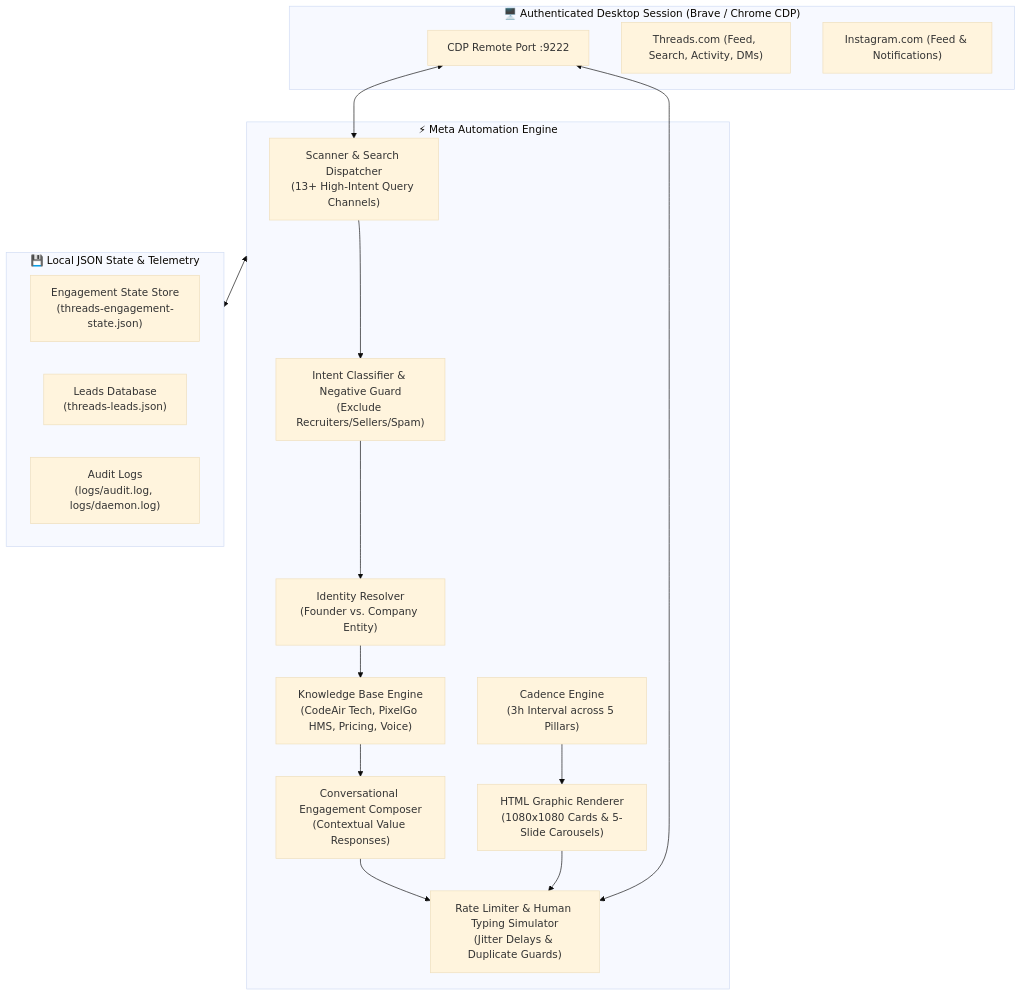
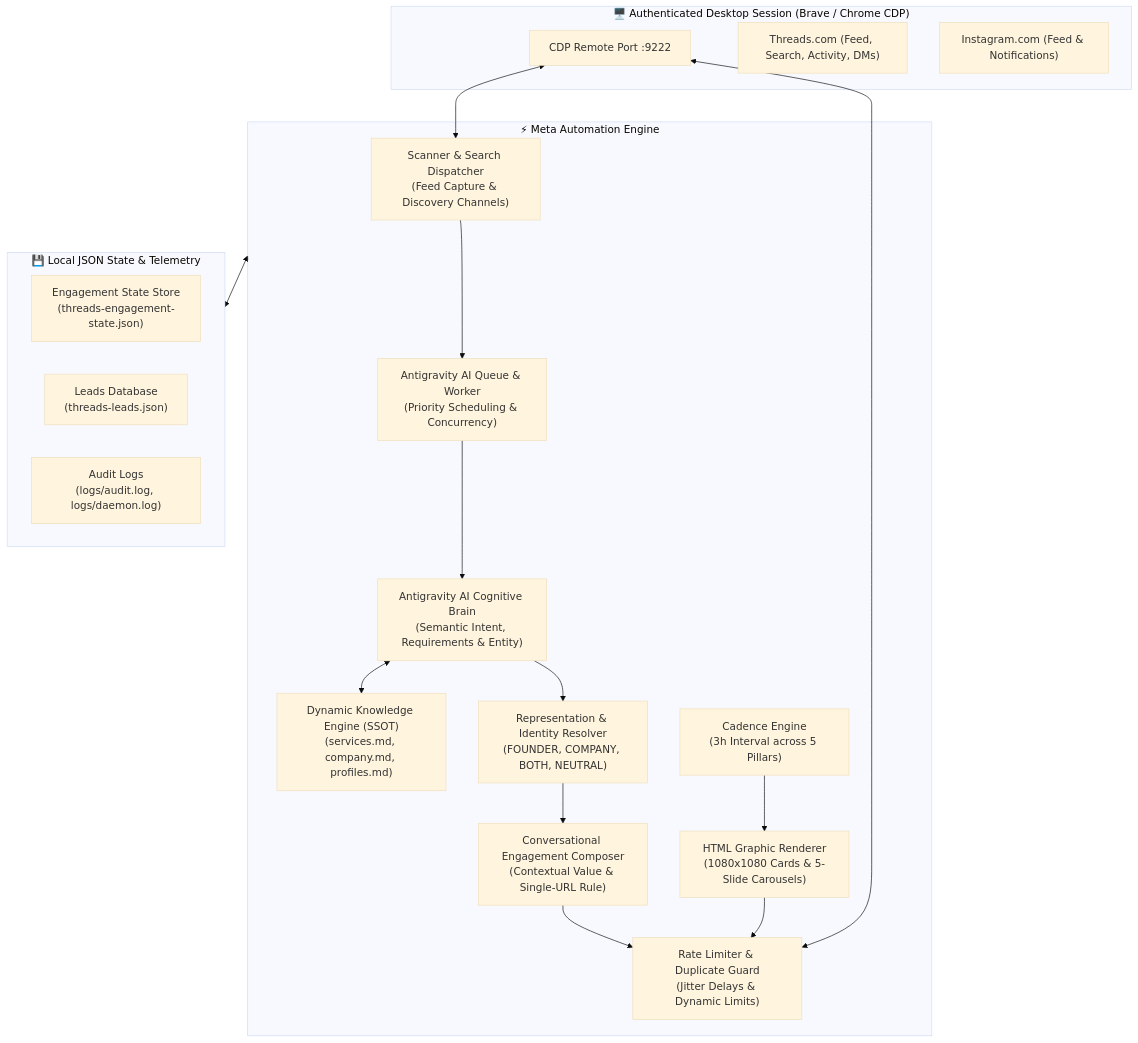
Before and after one commit to sunmughan/meta-automation: the diagram in README.md, drawn with Mermaid (base theme). The commit also changed other lines of this file and 16 other files, not shown here.

Commit message:
fix(core): pure AI entry, zero heuristic guessing, AiQueue worker, and dynamic markdown schema (v1.1.8)

````diff
--- a/README.md
+++ b/README.md
@@ -29,36 +33,38 @@
 ```mermaid
 flowchart TB
     subgraph Browser ["🖥️ Authenticated Desktop Session (Brave / Chrome CDP)"]
         CDP["CDP Remote Port :9222"]
         Threads["Threads.com (Feed, Search, Activity, DMs)"]
         Instagram["Instagram.com (Feed & Notifications)"]
     end
 
     subgraph CoreEngine ["⚡ Meta Automation Engine"]
-        Scanner["Scanner & Search Dispatcher<br/>(13+ High-Intent Query Channels)"]
-        Filter["Intent Classifier & Negative Guard<br/>(Exclude Recruiters/Sellers/Spam)"]
-        Knowledge["Knowledge Base Engine<br/>(CodeAir Tech, PixelGo HMS, Pricing, Voice)"]
-        Identity["Identity Resolver<br/>(Founder vs. Company Entity)"]
-        Composer["Conversational Engagement Composer<br/>(Contextual Value Responses)"]
+        Scanner["Scanner & Search Dispatcher<br/>(Feed Capture & Discovery Channels)"]
+        AiQueue["Antigravity AI Queue & Worker<br/>(Priority Scheduling & Concurrency)"]
+        AIBrain["Antigravity AI Cognitive Brain<br/>(Semantic Intent, Requirements & Entity)"]
+        Knowledge["Dynamic Knowledge Engine (SSOT)<br/>(services.md, company.md, profiles.md)"]
+        Identity["Representation & Identity Resolver<br/>(FOUNDER, COMPANY, BOTH, NEUTRAL)"]
+        Composer["Conversational Engagement Composer<br/>(Contextual Value & Single-URL Rule)"]
         Renderer["HTML Graphic Renderer<br/>(1080x1080 Cards & 5-Slide Carousels)"]
         Scheduler["Cadence Engine<br/>(3h Interval across 5 Pillars)"]
-        Safety["Rate Limiter & Human Typing Simulator<br/>(Jitter Delays & Duplicate Guards)"]
+        Safety["Rate Limiter & Duplicate Guard<br/>(Jitter Delays & Dynamic Limits)"]
     end
 
     subgraph StateStorage ["💾 Local JSON State & Telemetry"]
         State["Engagement State Store<br/>(threads-engagement-state.json)"]
         Leads["Leads Database<br/>(threads-leads.json)"]
         Audit["Audit Logs<br/>(logs/audit.log, logs/daemon.log)"]
     end
 
     CDP <--> Scanner
-    Scanner --> Filter
-    Filter --> Identity
-    Identity --> Knowledge
-    Knowledge --> Composer
+    Scanner --> AiQueue
+    AiQueue --> AIBrain
+    AIBrain <--> Knowledge
+    AIBrain --> Identity
+    Identity --> Composer
     Composer --> Safety
     Scheduler --> Renderer
     Renderer --> Safety
     Safety <--> CDP
     CoreEngine <--> StateStorage
 ```
````
